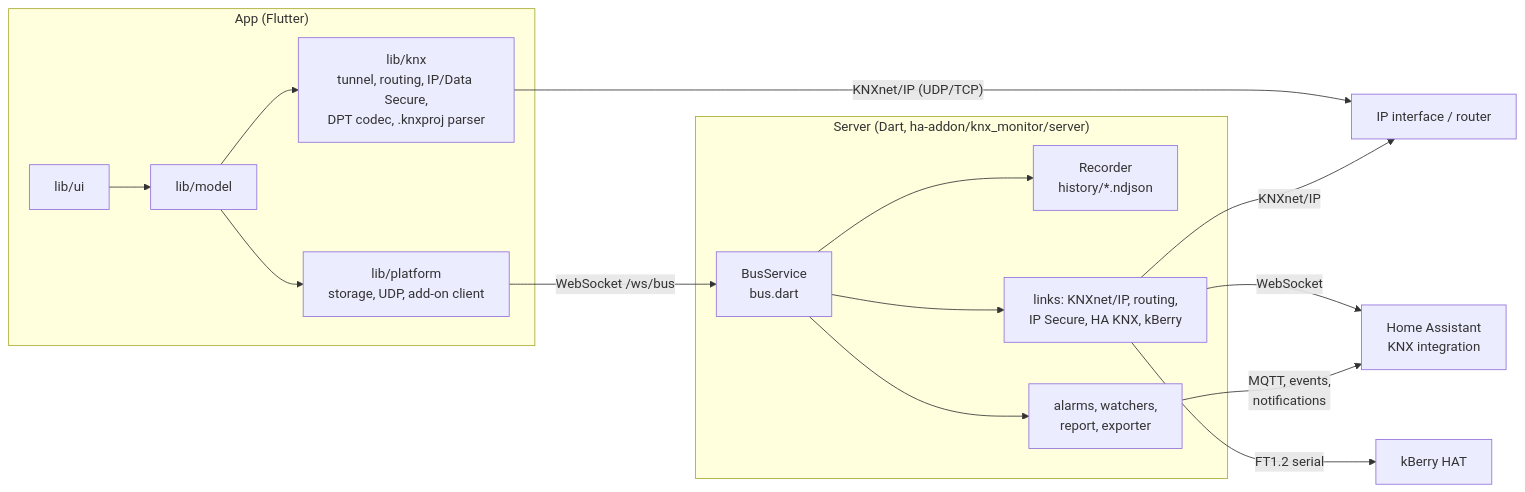
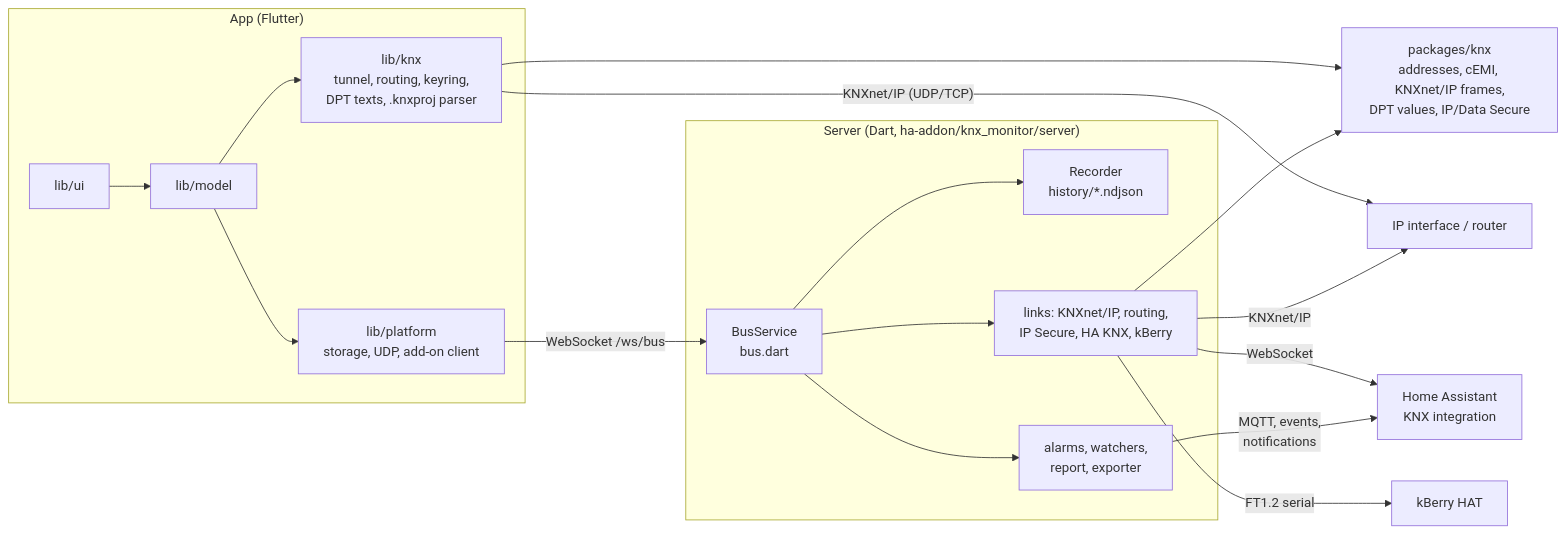
One commit to regetskcob/KNX-Monitor-Code changed the diagram in docs/architecture.md. Above: the diagram before and after it, drawn with Mermaid. The commit also changed other lines of this file and 114 other files, not shown here.

````diff
--- a/docs/architecture.md
+++ b/docs/architecture.md
@@ -10,19 +11,21 @@
 ```mermaid
 flowchart LR
   subgraph Devices["App (Flutter)"]
     UI["lib/ui"] --> Model["lib/model"]
-    Model --> KNX["lib/knx<br/>tunnel, routing, IP/Data Secure,<br/>DPT codec, .knxproj parser"]
+    Model --> KNX["lib/knx<br/>tunnel, routing, keyring,<br/>DPT texts, .knxproj parser"]
     Model --> Platform["lib/platform<br/>storage, UDP, add-on client"]
   end
   subgraph Server["Server (Dart, ha-addon/knx_monitor/server)"]
     Bus["BusService<br/>bus.dart"] --> Rec["Recorder<br/>history/*.ndjson"]
     Bus --> Watch["alarms, watchers,<br/>report, exporter"]
     Bus --> Links["links: KNXnet/IP, routing,<br/>IP Secure, HA KNX, kBerry"]
   end
+  KNX --> Pkg["packages/knx<br/>addresses, cEMI, KNXnet/IP frames,<br/>DPT values, IP/Data Secure"]
+  Links --> Pkg
   KNX -- "KNXnet/IP (UDP/TCP)" --> GW["IP interface / router"]
   Platform -- "WebSocket /ws/bus" --> Bus
   Links -- "KNXnet/IP" --> GW
   Links -- "FT1.2 serial" --> HAT["kBerry HAT"]
   Links -- "WebSocket" --> HA["Home Assistant<br/>KNX integration"]
   Watch -- "MQTT, events,<br/>notifications" --> HA
 ```
````
